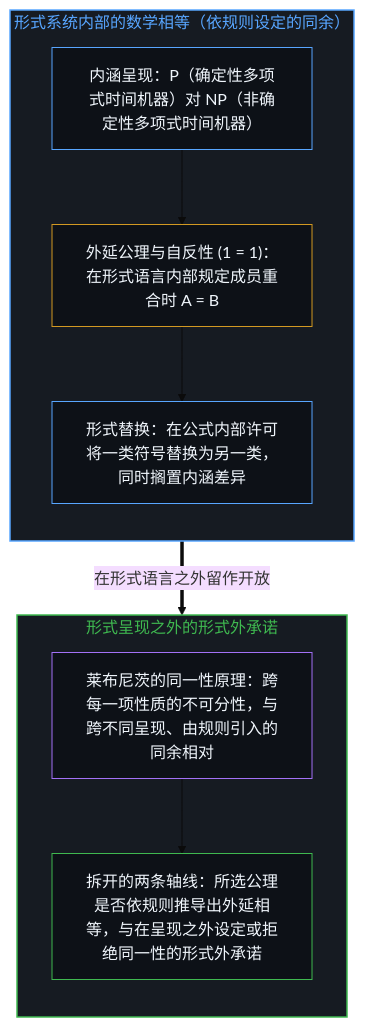
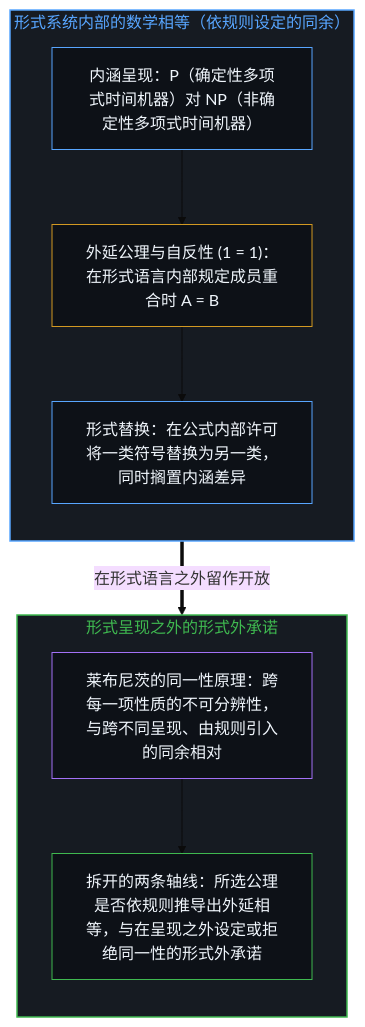
Before and after one commit to powerpig99/not-a-toe: the first of 4 diagrams in content/posts/on-the-boundaries-of-what-can-be-said-about-p-and-np.md, drawn with Mermaid (base theme). The commit also changed other lines of this file and 3 other files, not shown here.

````diff
--- a/content/posts/on-the-boundaries-of-what-can-be-said-about-p-and-np.md
+++ b/content/posts/on-the-boundaries-of-what-can-be-said-about-p-and-np.md
@@ -17,24 +17,24 @@
 ```mermaid
 flowchart TD
     subgraph S_Rule["形式系统内部的数学相等（依规则设定的同余）"]
         direction TB
         Int["内涵呈现：P（确定性多项式时间机器）对 NP（非确定性多项式时间机器）"]
         Ext["外延公理与自反性 (1 = 1)：在形式语言内部规定成员重合时 A = B"]
         Sub["形式替换：在公式内部许可将一类符号替换为另一类，同时搁置内涵差异"]
         Int --> Ext --> Sub
     end
     subgraph S_Onto["形式呈现之外的形式外承诺"]
         direction TB
-        Leib["莱布尼茨的同一性原理：跨每一项性质的不可分性，与跨不同呈现、由规则引入的同余相对"]
+        Leib["莱布尼茨的同一性原理：跨每一项性质的不可分辨性，与跨不同呈现、由规则引入的同余相对"]
         Split["拆开的两条轴线：所选公理是否依规则推导出外延相等，与在呈现之外设定或拒绝同一性的形式外承诺"]
         Leib --> Split
     end
     Sub ==>|"在形式语言之外留作开放"| Split
     style S_Rule fill:#161b22,stroke:#58a6ff,stroke-width:1.5px,color:#58a6ff
     style S_Onto fill:#161b22,stroke:#3fb950,stroke-width:1.5px,color:#3fb950
     style Int fill:#0d1117,stroke:#58a6ff,stroke-width:1px,color:#f0f6fc
     style Ext fill:#0d1117,stroke:#d29922,stroke-width:1px,color:#f0f6fc
     style Sub fill:#0d1117,stroke:#58a6ff,stroke-width:1px,color:#f0f6fc
     style Leib fill:#0d1117,stroke:#a371f7,stroke-width:1px,color:#f0f6fc
     style Split fill:#0d1117,stroke:#3fb950,stroke-width:1px,color:#f0f6fc
 ```
````
